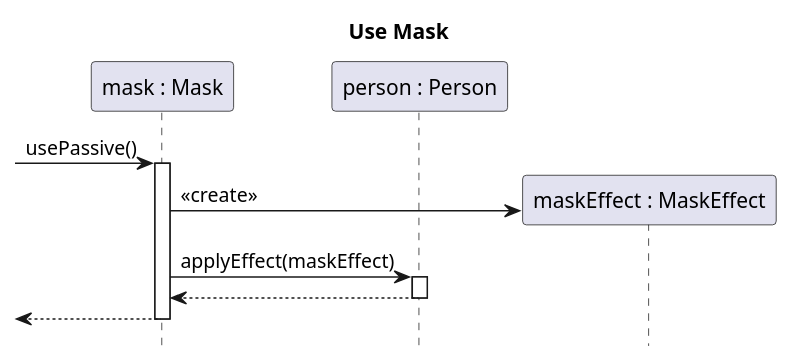
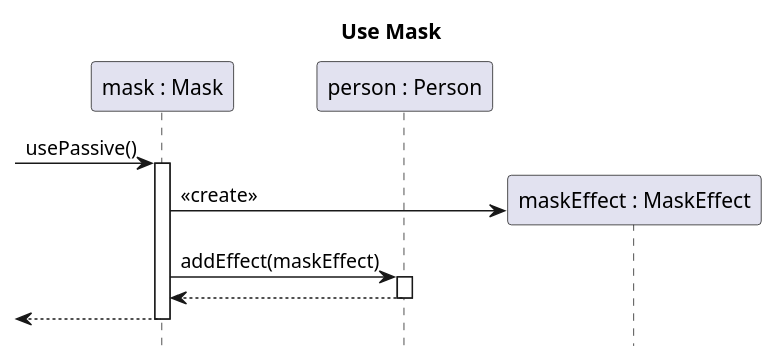
Before and after one commit to sn4k3ch4rm3r/logarlec: the diagram in docs/diagrams/sequence/item-mask-use.puml, drawn with PlantUML. The commit also changed 10 other files, not shown here.

Commit message:
Fixed errors, attempted to get the sequences and the class diagram in sync

```diff
--- a/docs/diagrams/sequence/item-mask-use.puml
+++ b/docs/diagrams/sequence/item-mask-use.puml
@@ -1,16 +1,16 @@
 @startuml item-mask-use
 
 title Use Mask
 hide footbox
 
 participant "mask : Mask" as mask
 participant "person : Person" as person
 
 [-> mask ++: usePassive()
 	create "maskEffect : MaskEffect" as maskEffect
 	mask -> maskEffect: <<create>>
-	mask -> person ++: applyEffect(maskEffect)
+	mask -> person ++: addEffect(maskEffect)
 	return
 return
 
 @enduml
```
